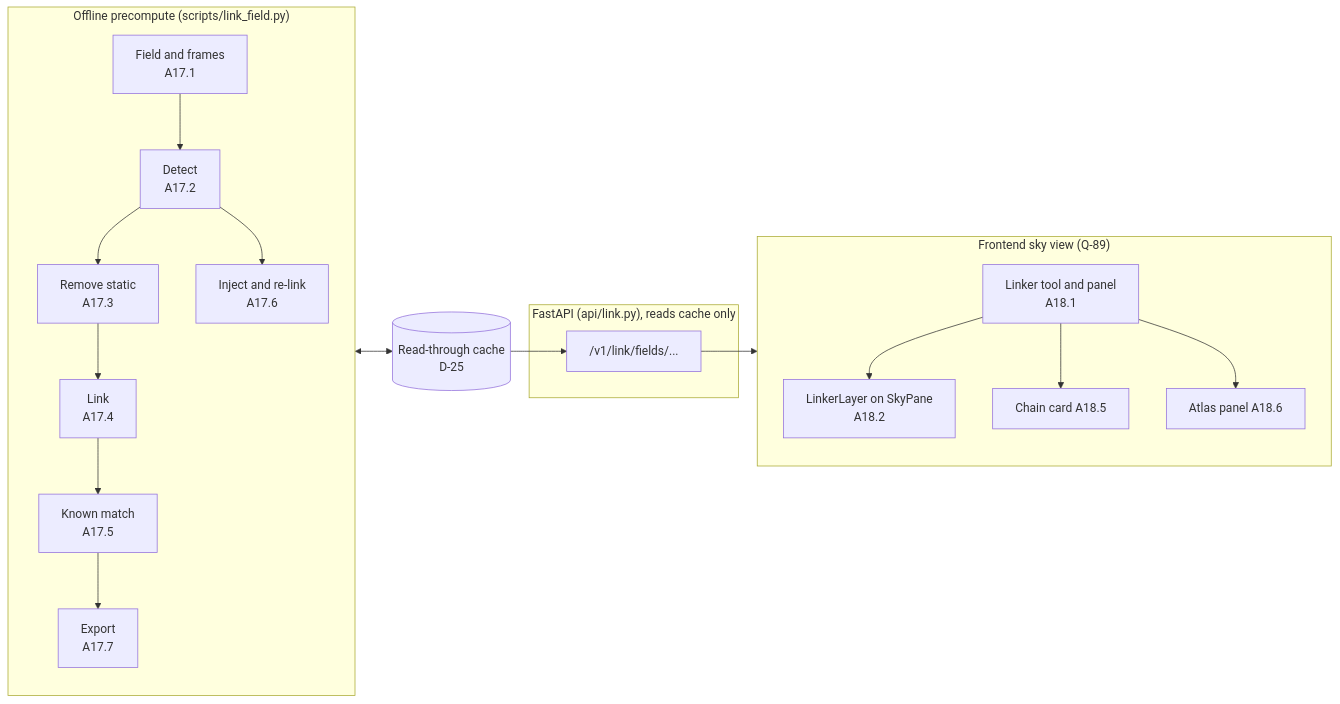
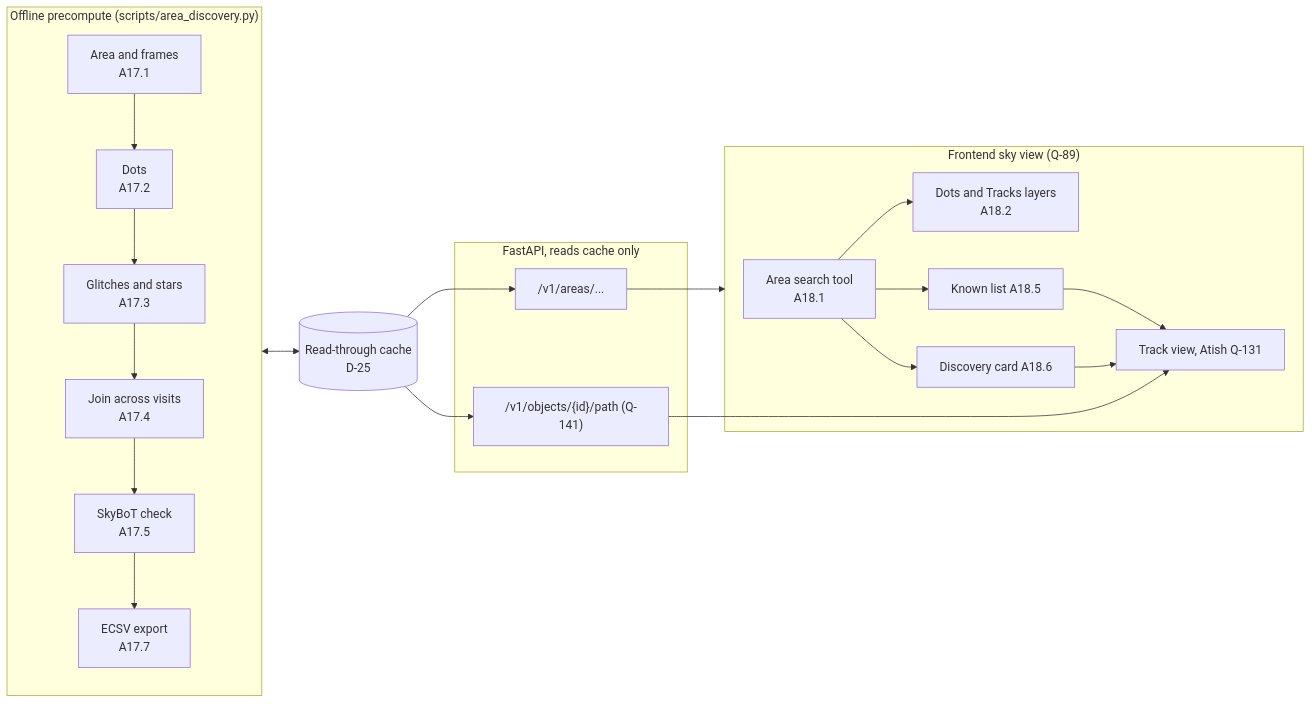
One commit to 0ffrian/SphereX changed the diagram in docs/architecture/linker.md. Above: the diagram before and after it, drawn with Mermaid. The commit also changed other lines of this file and 10 other files, not shown here.

First line of the commit message:
Re-scope A16 to A18 to Area search (Q-146) and answer Atish's questions

````diff
--- a/docs/architecture/linker.md
+++ b/docs/architecture/linker.md
@@ -39,20 +47,24 @@
 ```mermaid
 flowchart LR
-  subgraph Offline["Offline precompute (scripts/link_field.py)"]
-    F[Field and frames<br/>A17.1] --> D[Detect<br/>A17.2] --> S[Remove static<br/>A17.3] --> L[Link<br/>A17.4] --> M[Known match<br/>A17.5]
-    D --> I[Inject and re-link<br/>A17.6]
-    M --> X[Export<br/>A17.7]
+  subgraph Offline["Offline precompute (scripts/area_discovery.py)"]
+    F[Area and frames<br/>A17.1] --> D[Dots<br/>A17.2] --> G[Glitches and stars<br/>A17.3] --> J[Join across visits<br/>A17.4] --> M[SkyBoT check<br/>A17.5]
+    M --> X[ECSV export<br/>A17.7]
   end
   C[(Read-through cache<br/>D-25)]
   Offline <--> C
-  subgraph API["FastAPI (api/link.py), reads cache only"]
-    E["/v1/link/fields/..."]
+  subgraph API["FastAPI, reads cache only"]
+    E["/v1/areas/..."]
+    K["/v1/objects/{id}/path (Q-141)"]
   end
   C --> E
+  C --> K
   subgraph UI["Frontend sky view (Q-89)"]
-    T[Linker tool and panel<br/>A18.1] --> Y[LinkerLayer on SkyPane<br/>A18.2]
-    T --> K[Chain card A18.5]
-    T --> A[Atlas panel A18.6]
+    T[Area search tool<br/>A18.1] --> Y[Dots and Tracks layers<br/>A18.2]
+    T --> KN[Known list A18.5]
+    T --> DC[Discovery card A18.6]
+    KN --> TR[Track view, Atish Q-131]
+    DC --> TR
   end
   E --> UI
+  K --> TR
 ```
````
